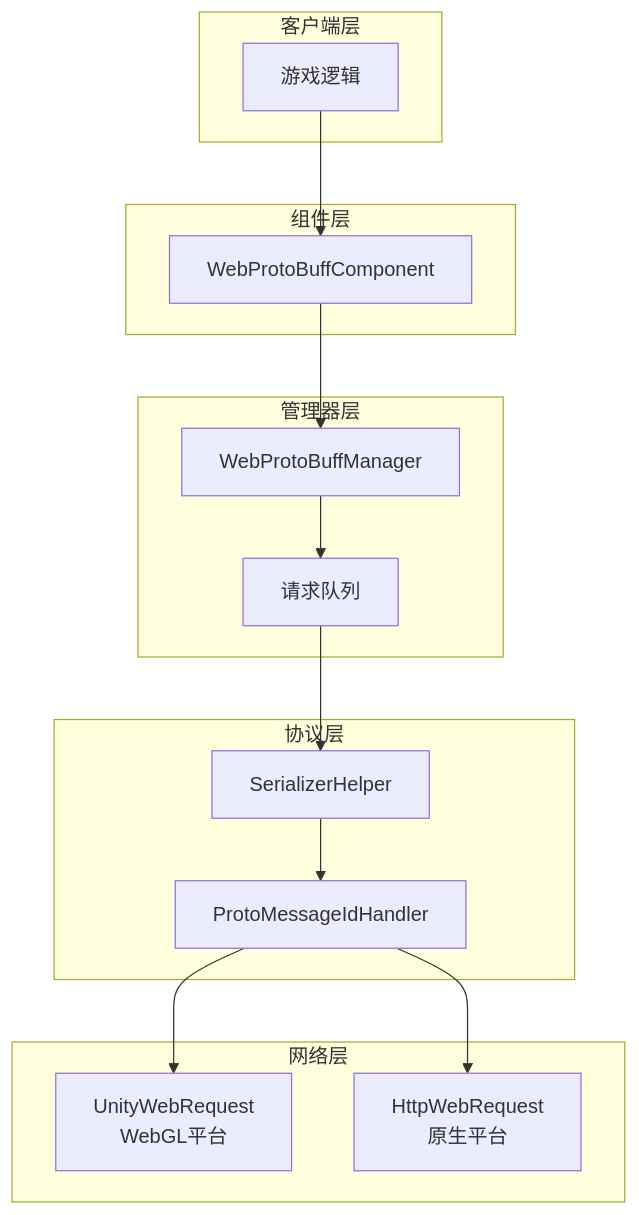
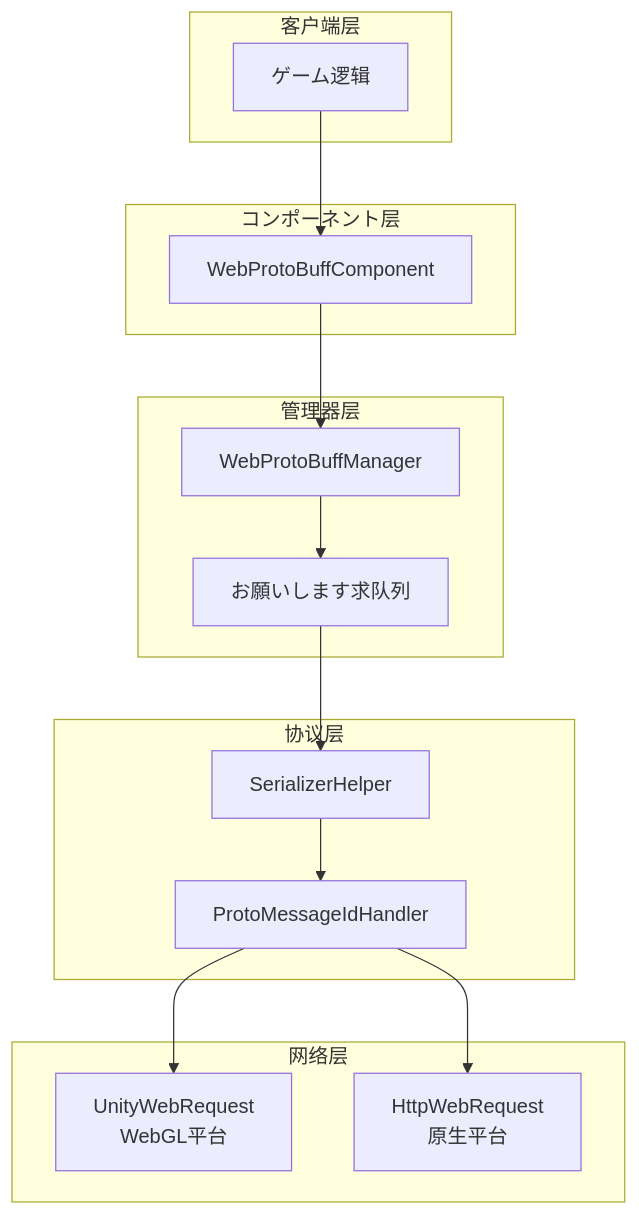
One commit to AlianBlank/GameFrameX.Docs changed the first of 2 diagrams in docs/ja/client/unity/component/web-protobuff/03.getting-started.md. Above: the diagram before and after it, drawn with Mermaid. The commit also changed other lines of this file and 603 other files, not shown here.

````diff
--- a/docs/ja/client/unity/component/web-protobuff/03.getting-started.md
+++ b/docs/ja/client/unity/component/web-protobuff/03.getting-started.md
@@ -30,33 +30,33 @@
 ```mermaid
 flowchart TD
     subgraph Client["客户端层"]
-        GameLogic[游戏逻辑]
+        GameLogic[ゲーム逻辑]
     end
     
-    subgraph Component["组件层"]
+    subgraph Component["コンポーネント层"]
         WebComp[WebProtoBuffComponent]
     end
     
     subgraph Manager["管理器层"]
         ProtoManager[WebProtoBuffManager]
-        Queue[请求队列]
+        Queue[お願いします求队列]
     end
     
     subgraph Protocol["协议层"]
         Serializer[SerializerHelper]
         MsgId[ProtoMessageIdHandler]
     end
     
     subgraph Network["网络层"]
         WebGL[UnityWebRequest<br/>WebGL平台]
         Http[HttpWebRequest<br/>原生平台]
     end
     
     GameLogic --> WebComp
     WebComp --> ProtoManager
     ProtoManager --> Queue
     Queue --> Serializer
     Serializer --> MsgId
     MsgId --> WebGL
     MsgId --> Http
 ```
````
